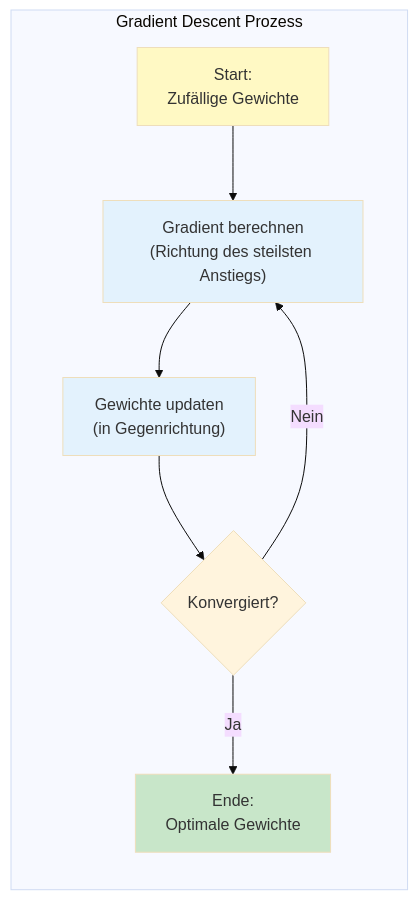
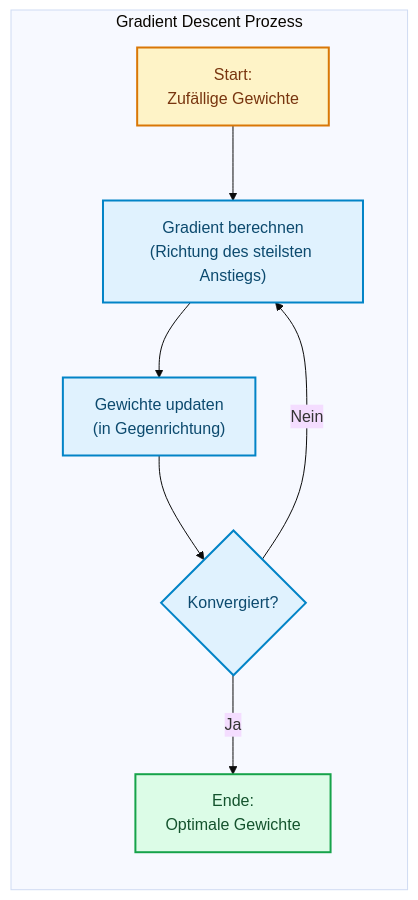
The third of 9 diagrams in docs/concepts/modeling/regression.md (ralf-42/ML_Intro), drawn with Mermaid (base theme) before and after one commit. The commit also changed other lines of this file and 67 other files, not shown here.

````diff
--- a/docs/concepts/modeling/regression.md
+++ b/docs/concepts/modeling/regression.md
@@ -209,23 +211,24 @@
 ```mermaid
 flowchart TB
     subgraph gd["Gradient Descent Prozess"]
         direction TB
         
         S["Start:<br/>Zufällige Gewichte"]
         G["Gradient berechnen<br/>(Richtung des steilsten Anstiegs)"]
         U["Gewichte updaten<br/>(in Gegenrichtung)"]
         C{Konvergiert?}
         E["Ende:<br/>Optimale Gewichte"]
         
         S --> G
         G --> U
         U --> C
         C -->|Nein| G
         C -->|Ja| E
     end
-    
-    style S fill:#fff9c4
-    style G fill:#e3f2fd
-    style U fill:#e3f2fd
-    style E fill:#c8e6c9
+
+    classDef default fill:#e0f2fe,stroke:#0284c7,stroke-width:2px,color:#0c4a6e;
+    classDef metric fill:#fef3c7,stroke:#d97706,stroke-width:2px,color:#78350f;
+    classDef output fill:#dcfce7,stroke:#16a34a,stroke-width:2px,color:#14532d;
+    class S metric;
+    class E output;
 ```
````
